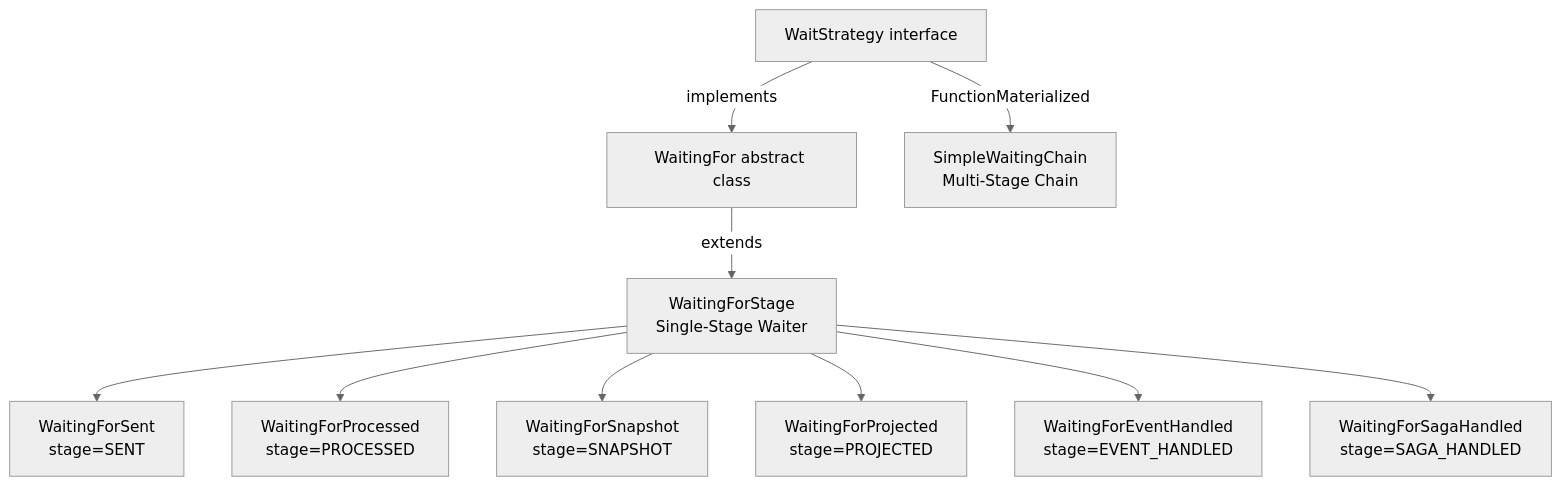
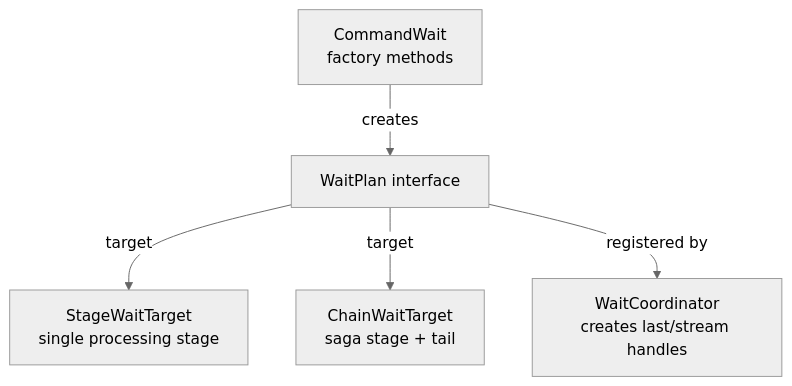
The third of 3 diagrams in documentation/docs/en/guide/command-gateway.md (Ahoo-Wang/Wow), drawn with Mermaid (neutral theme) before and after one commit. The commit also changed other lines of this file and 128 other files, not shown here.

Commit message:
feat(core): remove wait strategy runtime

````diff
--- a/documentation/docs/en/guide/command-gateway.md
+++ b/documentation/docs/en/guide/command-gateway.md
@@ -614,26 +614,14 @@
 ```mermaid
 graph TB
-    WS[WaitStrategy interface]
-    WF[WaitingFor abstract class]
-    WFS[WaitingForStage<br>Single-Stage Waiter]
-    SC[SimpleWaitingChain<br>Multi-Stage Chain]
+    WS[WaitPlan interface]
+    SWT[StageWaitTarget<br>single processing stage]
+    CWT[ChainWaitTarget<br>saga stage + tail]
+    CW[CommandWait<br>factory methods]
+    HC[WaitCoordinator<br>creates last/stream handles]
 
-    WS -->|implements| WF
-    WF -->|extends| WFS
-    WS -->|FunctionMaterialized| SC
-
-    WFS_SENT[WaitingForSent<br>stage=SENT]
-    WFS_PROC[WaitingForProcessed<br>stage=PROCESSED]
-    WFS_SNAP[WaitingForSnapshot<br>stage=SNAPSHOT]
-    WFS_PROJ[WaitingForProjected<br>stage=PROJECTED]
-    WFS_EH[WaitingForEventHandled<br>stage=EVENT_HANDLED]
-    WFS_SH[WaitingForSagaHandled<br>stage=SAGA_HANDLED]
-
-    WFS --> WFS_SENT
-    WFS --> WFS_PROC
-    WFS --> WFS_SNAP
-    WFS --> WFS_PROJ
-    WFS --> WFS_EH
-    WFS --> WFS_SH
+    CW -->|creates| WS
+    WS -->|target| SWT
+    WS -->|target| CWT
+    WS -->|registered by| HC
 
 ```
````
